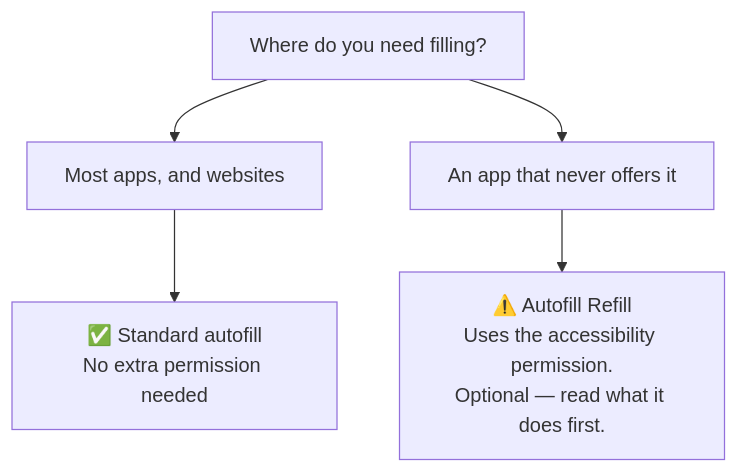
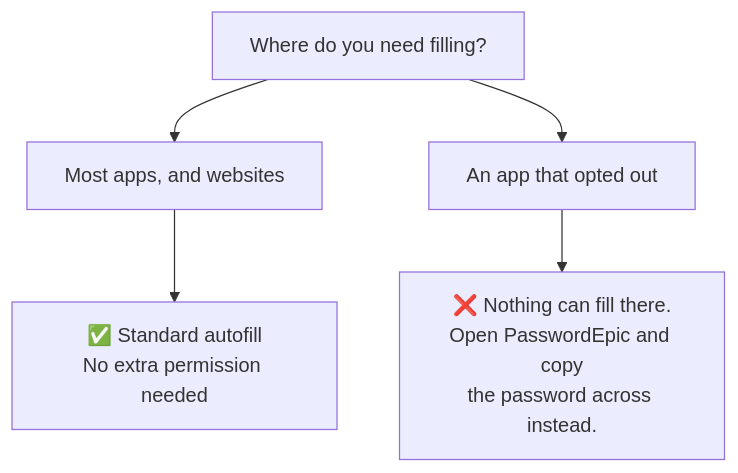
Before and after one commit to TuPhung369/passwordepic-website: the second of 3 diagrams in docs/autofill.md, drawn with Mermaid. The commit also changed other lines of this file and 3 other files, not shown here.

````diff
--- a/docs/autofill.md
+++ b/docs/autofill.md
@@ -111,7 +110,7 @@
 ```mermaid
 flowchart TD
   A["Where do you need filling?"] --> B["Most apps, and websites"]
-  A --> C["An app that never offers it"]
+  A --> C["An app that opted out"]
   B --> D["✅ Standard autofill<br/>No extra permission needed"]
-  C --> E["⚠️ Autofill Refill<br/>Uses the accessibility permission.<br/>Optional — read what it does first."]
+  C --> E["❌ Nothing can fill there.<br/>Open PasswordEpic and copy<br/>the password across instead."]
 ```
````
